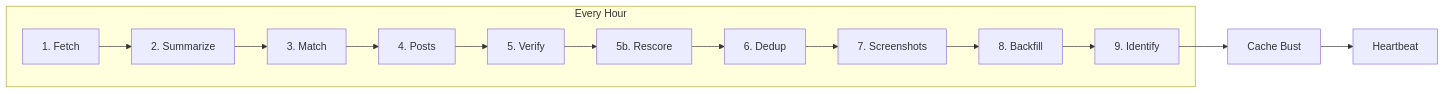
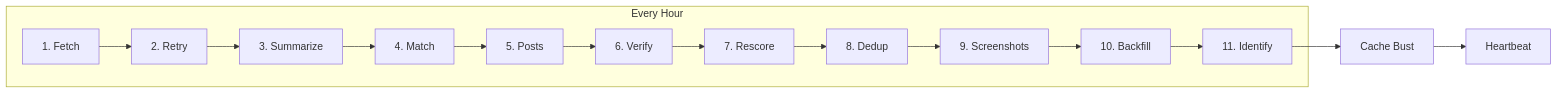
The first of 6 diagrams in docs/lyra-pipeline.md (ancientnerds/AncientMap), drawn with Mermaid before and after one commit. The commit also changed other lines of this file and 3 other files, not shown here.

````diff
--- a/docs/lyra-pipeline.md
+++ b/docs/lyra-pipeline.md
@@ -9,16 +9,17 @@
 ```mermaid
 flowchart LR
     subgraph "Every Hour"
-        F[1. Fetch] --> S[2. Summarize]
-        S --> M[3. Match]
-        M --> P[4. Posts]
-        P --> V[5. Verify]
-        V --> R[5b. Rescore]
-        R --> D[6. Dedup]
-        D --> SC[7. Screenshots]
-        SC --> B[8. Backfill]
-        B --> I[9. Identify]
+        F[1. Fetch] --> RT[2. Retry]
+        RT --> S[3. Summarize]
+        S --> M[4. Match]
+        M --> P[5. Posts]
+        P --> V[6. Verify]
+        V --> R[7. Rescore]
+        R --> D[8. Dedup]
+        D --> SC[9. Screenshots]
+        SC --> B[10. Backfill]
+        B --> I[11. Identify]
     end
     I --> CB[Cache Bust]
     CB --> HB[Heartbeat]
 ```
````
